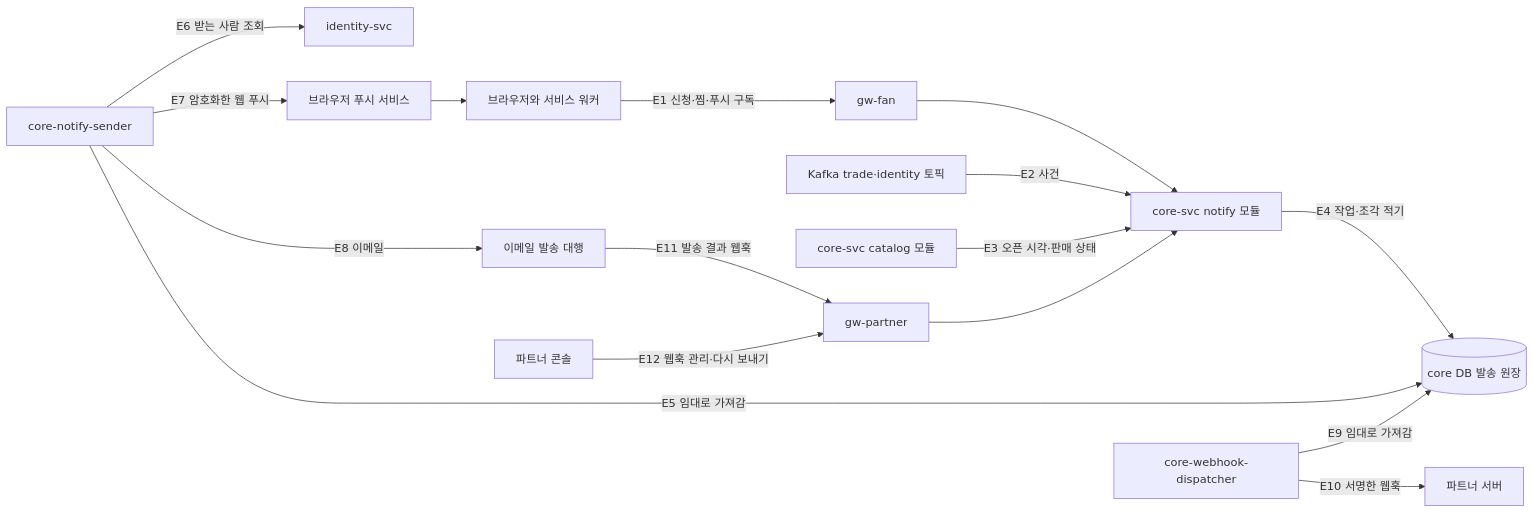
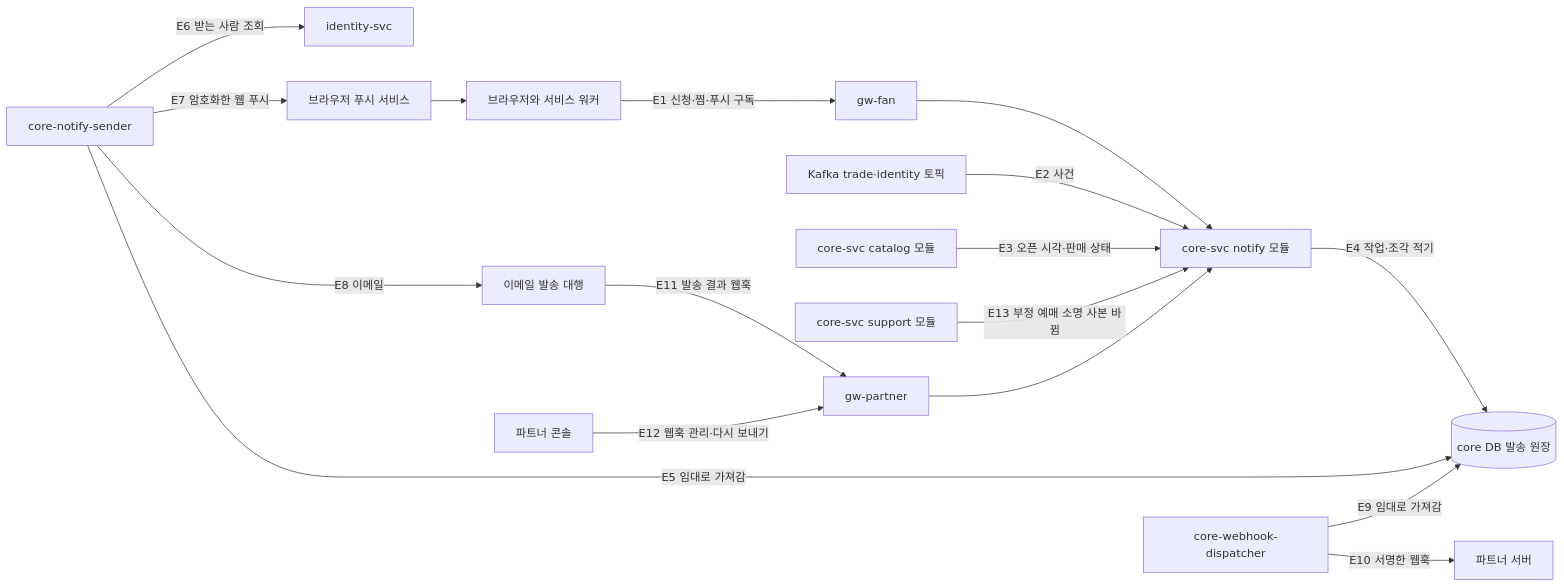
The first of 2 diagrams in docs/features/notify.md (peaket/peaket), drawn with Mermaid before and after one commit. The commit also changed other lines of this file and 13 other files, not shown here.

````diff
--- a/docs/features/notify.md
+++ b/docs/features/notify.md
@@ -31,18 +31,19 @@
 ```mermaid
 flowchart LR
     B["브라우저와 서비스 워커"] -->|"E1 신청·찜·푸시 구독"| GF["gw-fan"]
     GF --> NM["core-svc notify 모듈"]
     KF["Kafka trade·identity 토픽"] -->|"E2 사건"| NM
     CT["core-svc catalog 모듈"] -->|"E3 오픈 시각·판매 상태"| NM
+    SP["core-svc support 모듈"] -->|"E13 부정 예매 소명 사본 바뀜"| NM
     NM -->|"E4 작업·조각 적기"| DB[("core DB 발송 원장")]
     SD["core-notify-sender"] -->|"E5 임대로 가져감"| DB
     SD -->|"E6 받는 사람 조회"| ID["identity-svc"]
     SD -->|"E7 암호화한 웹 푸시"| PS["브라우저 푸시 서비스"]
     PS --> B
     SD -->|"E8 이메일"| EM["이메일 발송 대행"]
     WD["core-webhook-dispatcher"] -->|"E9 임대로 가져감"| DB
     WD -->|"E10 서명한 웹훅"| PX["파트너 서버"]
     EM -->|"E11 발송 결과 웹훅"| GP["gw-partner"]
     PC["파트너 콘솔"] -->|"E12 웹훅 관리·다시 보내기"| GP
     GP --> NM
 ```
````
